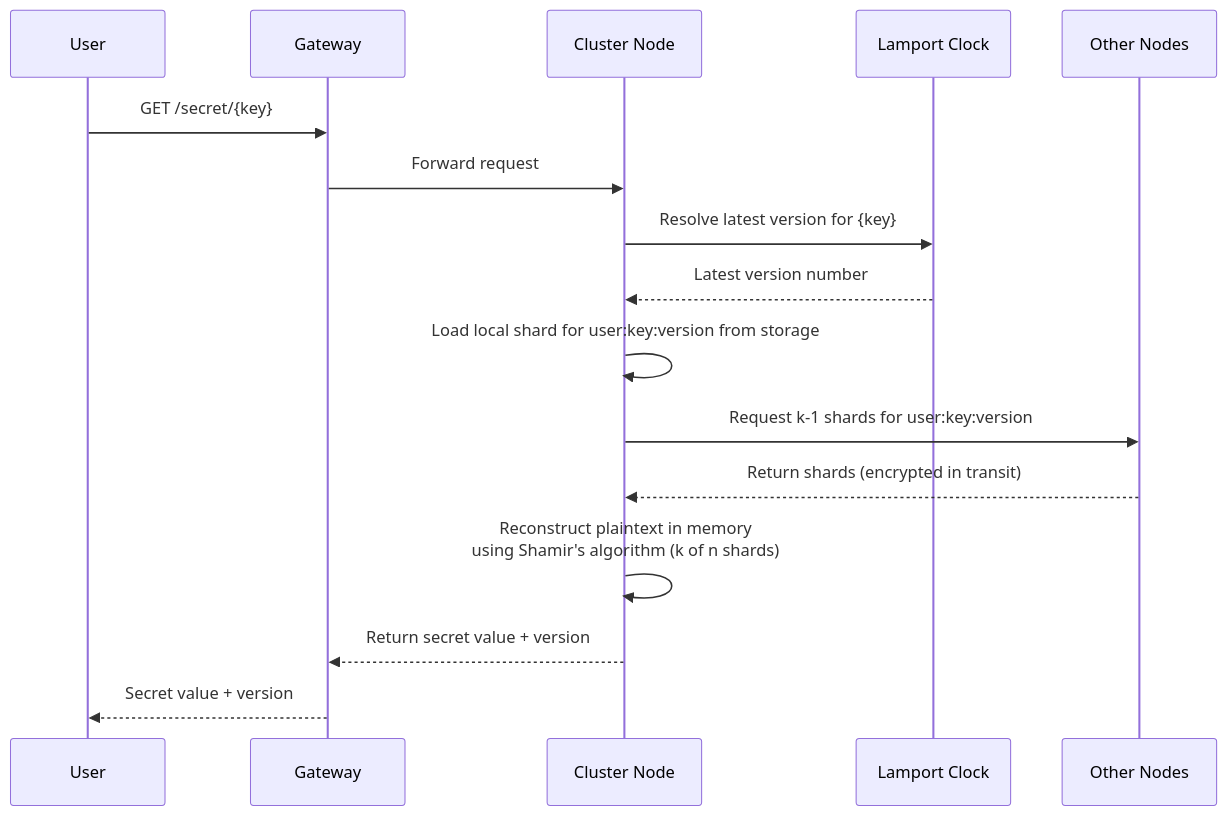
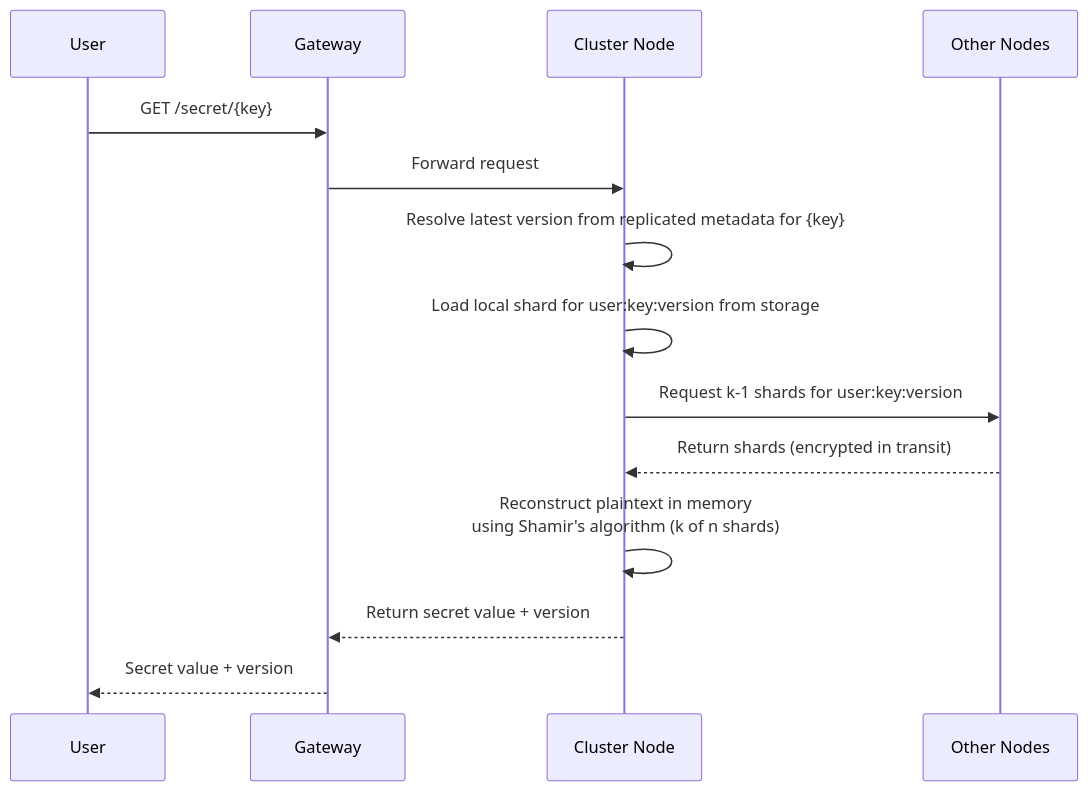
One commit to S26-Distributed-Capstone/DistributedSecretsVault changed the first of 3 diagrams in docs/crud/retrieve.md. Above: the diagram before and after it, drawn with Mermaid. The commit also changed other lines of this file and 6 other files, not shown here.

````diff
--- a/docs/crud/retrieve.md
+++ b/docs/crud/retrieve.md
@@ -47,19 +47,17 @@
 ```mermaid
 sequenceDiagram
     participant User
     participant Gateway
     participant Node as Cluster Node
-    participant Clock as Lamport Clock
     participant Peers as Other Nodes
 
     User->>Gateway: GET /secret/{key}
     Gateway->>Node: Forward request
-    Node->>Clock: Resolve latest version for {key}
-    Clock-->>Node: Latest version number
+    Node->>Node: Resolve latest version from replicated metadata for {key}
     Node->>Node: Load local shard for user:key:version from storage
     Node->>Peers: Request k-1 shards for user:key:version
     Peers-->>Node: Return shards (encrypted in transit)
     Node->>Node: Reconstruct plaintext in memory<br/>using Shamir's algorithm (k of n shards)
     Node-->>Gateway: Return secret value + version
     Gateway-->>User: Secret value + version
 ```
````
